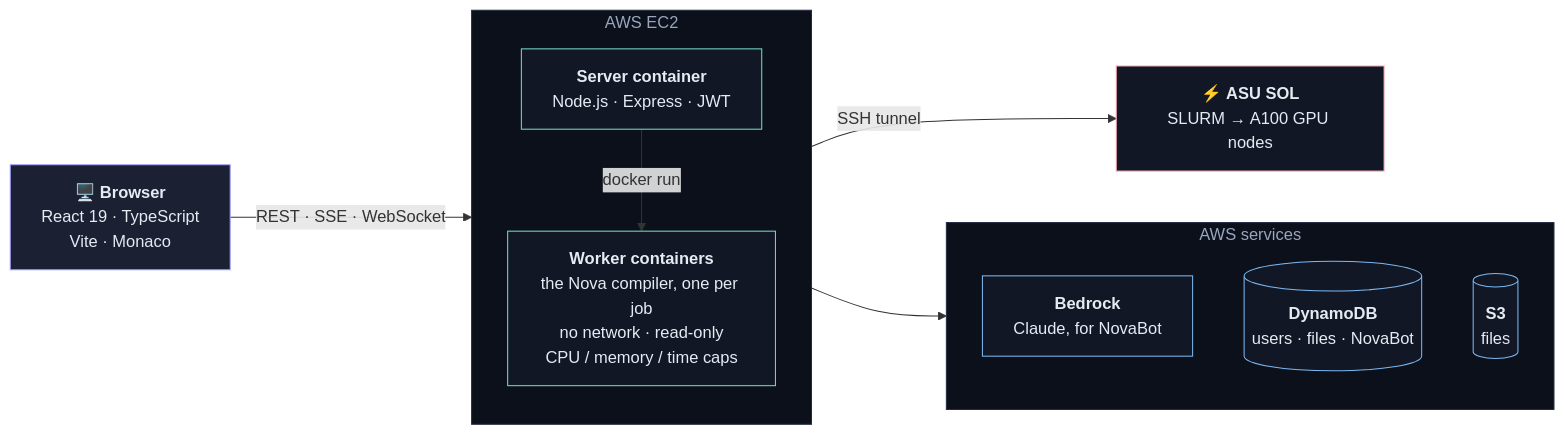
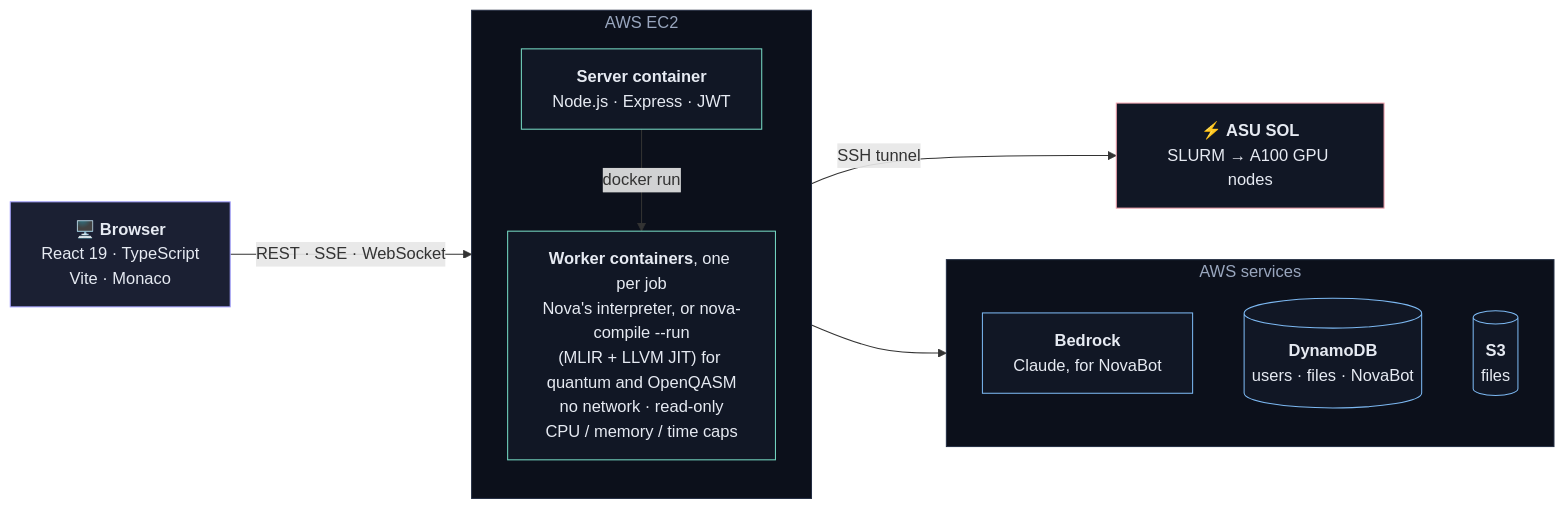
The first of 4 diagrams in README.md (parhitmtech/NovaQuantum), drawn with Mermaid before and after one commit. The commit also changed other lines of this file and 1 other file, not shown here.

Commit message:
README: the cloud IDE runs quantum programs (intro, architecture, try-it commands); examples/quantum/ghz.qasm

````diff
--- a/README.md
+++ b/README.md
@@ -290,35 +296,35 @@
 ```mermaid
 flowchart LR
     browser["🖥️ <b>Browser</b><br/>React 19 · TypeScript<br/>Vite · Monaco"]
 
     subgraph ec2["AWS EC2"]
         direction TB
         server["<b>Server container</b><br/>Node.js · Express · JWT"]
-        workers["<b>Worker containers</b><br/>the Nova compiler, one per job<br/>no network · read-only<br/>CPU / memory / time caps"]
+        workers["<b>Worker containers</b>, one per job<br/>Nova's interpreter, or nova-compile --run<br/>(MLIR + LLVM JIT) for quantum and OpenQASM<br/>no network · read-only<br/>CPU / memory / time caps"]
         server -- "docker run" --> workers
     end
 
     subgraph cloud["AWS services"]
         direction TB
         bedrock["<b>Bedrock</b><br/>Claude, for NovaBot"]
         ddb[("<b>DynamoDB</b><br/>users · files · NovaBot")]
         s3[("<b>S3</b><br/>files")]
     end
 
     sol["⚡ <b>ASU SOL</b><br/>SLURM → A100 GPU nodes"]
 
     browser -- "REST · SSE · WebSocket" --> server
     server --> cloud
     server -- "SSH tunnel" --> sol
 
     classDef ui fill:#1b2033,stroke:#a5a2ff,color:#e6eaf2
     classDef core fill:#111725,stroke:#76dac4,color:#e6eaf2
     classDef ext fill:#111725,stroke:#7cb8f2,color:#e6eaf2
     classDef gpu fill:#111725,stroke:#f5a6b1,color:#e6eaf2
     class browser ui
     class server,workers core
     class s3,ddb,bedrock ext
     class sol gpu
     style ec2 fill:#0c101b,stroke:#242e43,color:#99a6be
     style cloud fill:#0c101b,stroke:#242e43,color:#99a6be
 ```
````
